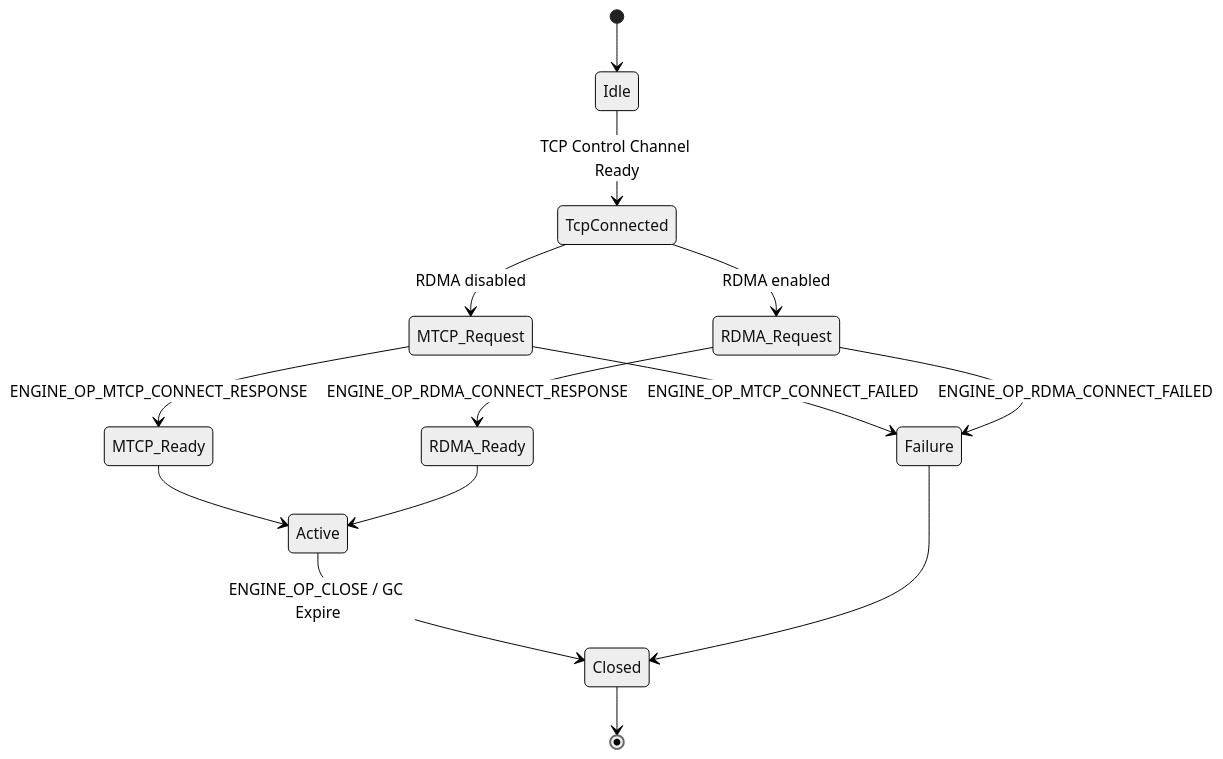
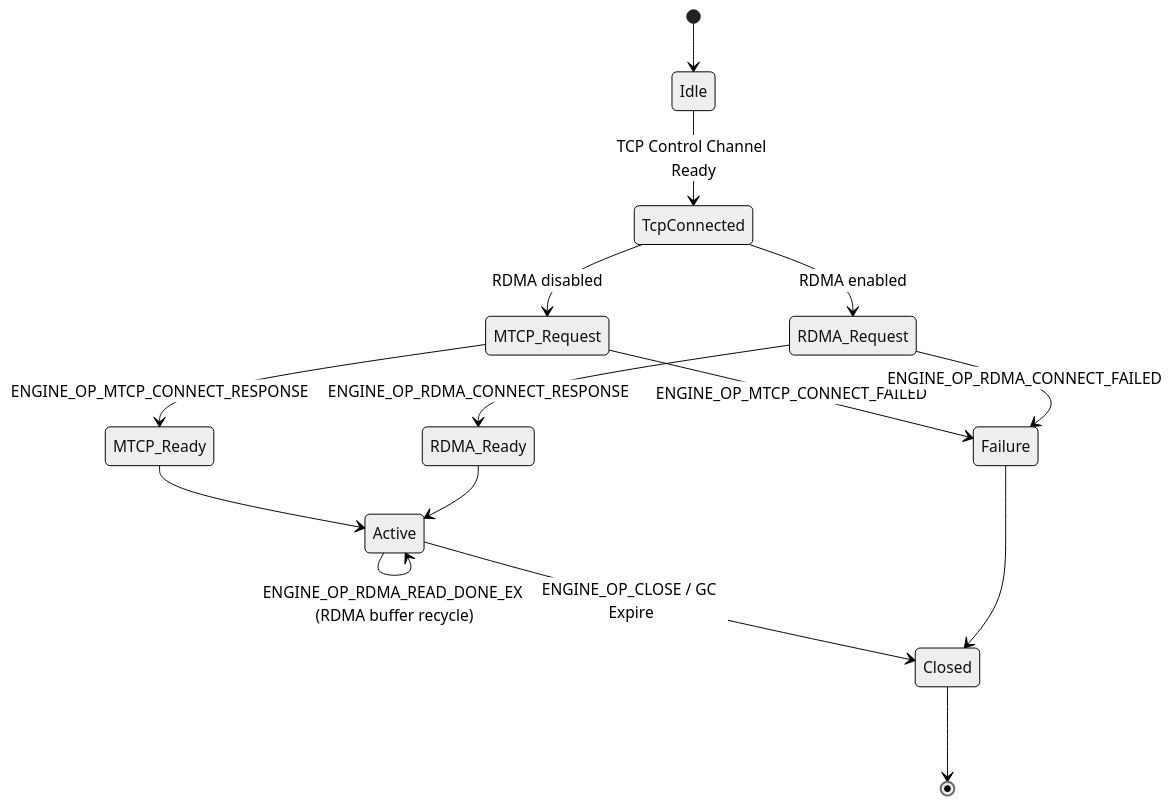
Diagram 11 of 13 in core/communicator/README.md (tensorcast-ai/tensorcast), drawn with Mermaid (neutral theme) before and after one commit. The commit also changed other lines of this file and 5 other files, not shown here.

````diff
--- a/core/communicator/README.md
+++ b/core/communicator/README.md
@@ -548,16 +599,17 @@
 ```mermaid
 stateDiagram-v2
     [*] --> Idle
     Idle --> TcpConnected: TCP Control Channel Ready
     TcpConnected --> MTCP_Request: RDMA disabled
     MTCP_Request --> MTCP_Ready: ENGINE_OP_MTCP_CONNECT_RESPONSE
     TcpConnected --> RDMA_Request: RDMA enabled
     RDMA_Request --> RDMA_Ready: ENGINE_OP_RDMA_CONNECT_RESPONSE
     MTCP_Request --> Failure: ENGINE_OP_MTCP_CONNECT_FAILED
     RDMA_Request --> Failure: ENGINE_OP_RDMA_CONNECT_FAILED
     MTCP_Ready --> Active
     RDMA_Ready --> Active
+    Active --> Active: ENGINE_OP_RDMA_READ_DONE_EX (RDMA buffer recycle)
     Active --> Closed: ENGINE_OP_CLOSE / GC Expire
     Failure --> Closed
     Closed --> [*]
 ```
````
